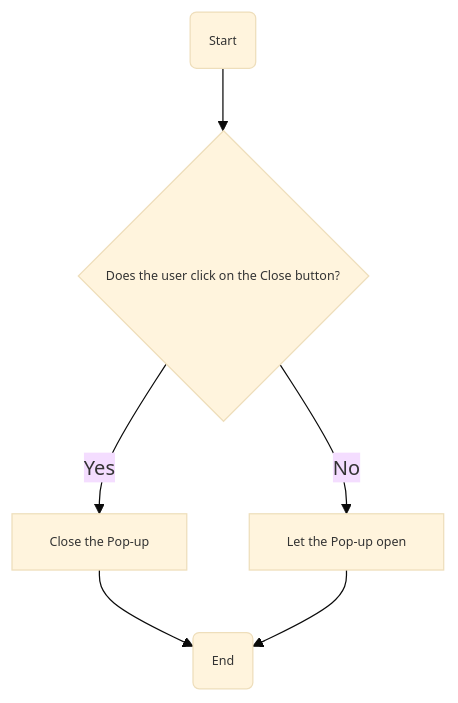
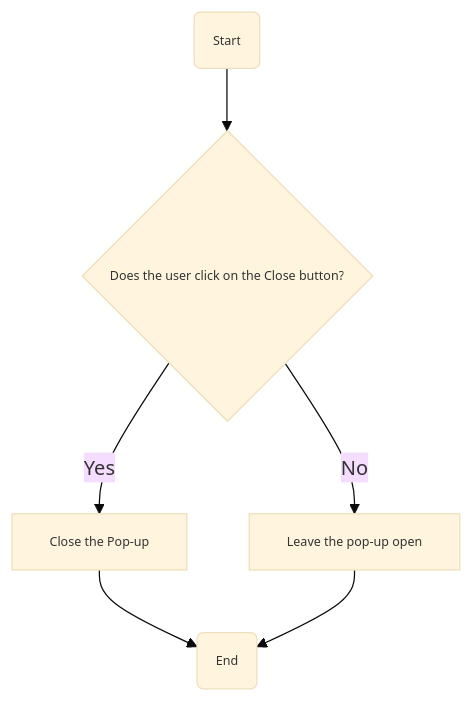
One commit to algosup/2024-2025-project-5-bubble-intermarche-team-2 changed the third of 11 diagrams in Documents/Technical/technical_specifications.md. Above: the diagram before and after it, drawn with Mermaid (base theme). The commit also changed other lines of this file, not shown here.

````diff
--- a/Documents/Technical/technical_specifications.md
+++ b/Documents/Technical/technical_specifications.md
@@ -245,9 +245,9 @@
 ```mermaid
 graph TD
     A(Start) --> B{Does the user click on the Close button?}
     B -->|Yes| C[Close the Pop-up]
-    B -->|No| D[Let the Pop-up open]
+    B -->|No| D[Leave the pop-up open]
     C --> E(End)
     D --> E
     classDef default font-size:10px;
 ```
````
